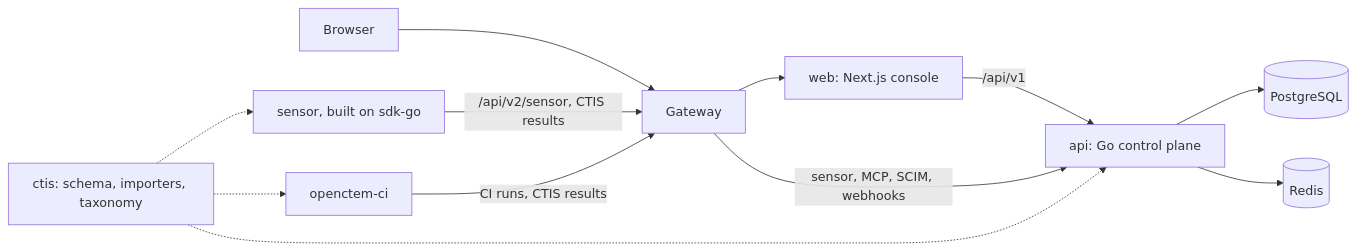
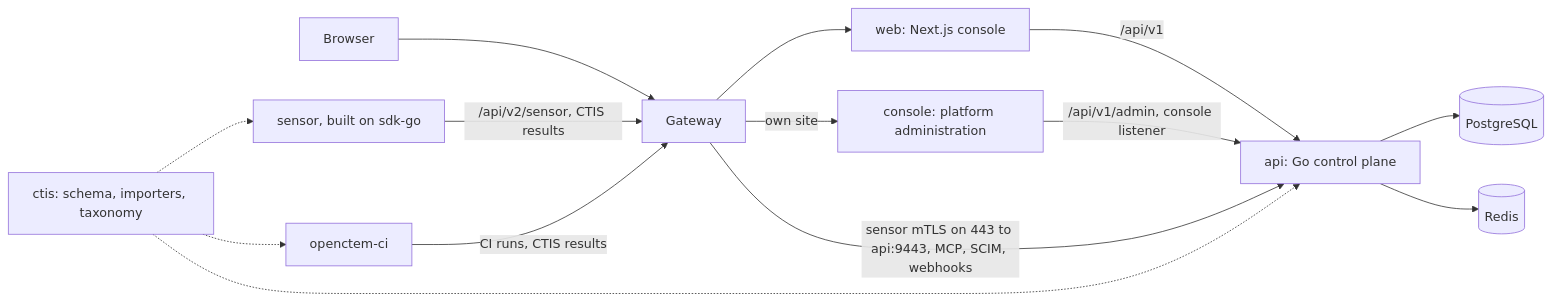
One commit to openctemio/docs changed the diagram in developers/repository-layout.md. Above: the diagram before and after it, drawn with Mermaid. The commit also changed other lines of this file and 72 other files, not shown here.

````diff
--- a/developers/repository-layout.md
+++ b/developers/repository-layout.md
@@ -31,14 +31,16 @@
 ```mermaid
 flowchart LR
   browser[Browser] --> gw[Gateway]
   gw --> web[web: Next.js console]
+  gw -->|own site| pconsole[console: platform administration]
   web -->|/api/v1| api[api: Go control plane]
-  gw -->|sensor, MCP, SCIM, webhooks| api
+  pconsole -->|/api/v1/admin, console listener| api
+  gw -->|sensor mTLS on 443 to api:9443, MCP, SCIM, webhooks| api
   api --> pg[(PostgreSQL)]
   api --> redis[(Redis)]
   sensor[sensor, built on sdk-go] -->|/api/v2/sensor, CTIS results| gw
   ci[openctem-ci] -->|CI runs, CTIS results| gw
   ctis[ctis: schema, importers, taxonomy] -.-> api
   ctis -.-> sensor
   ctis -.-> ci
 ```
````
